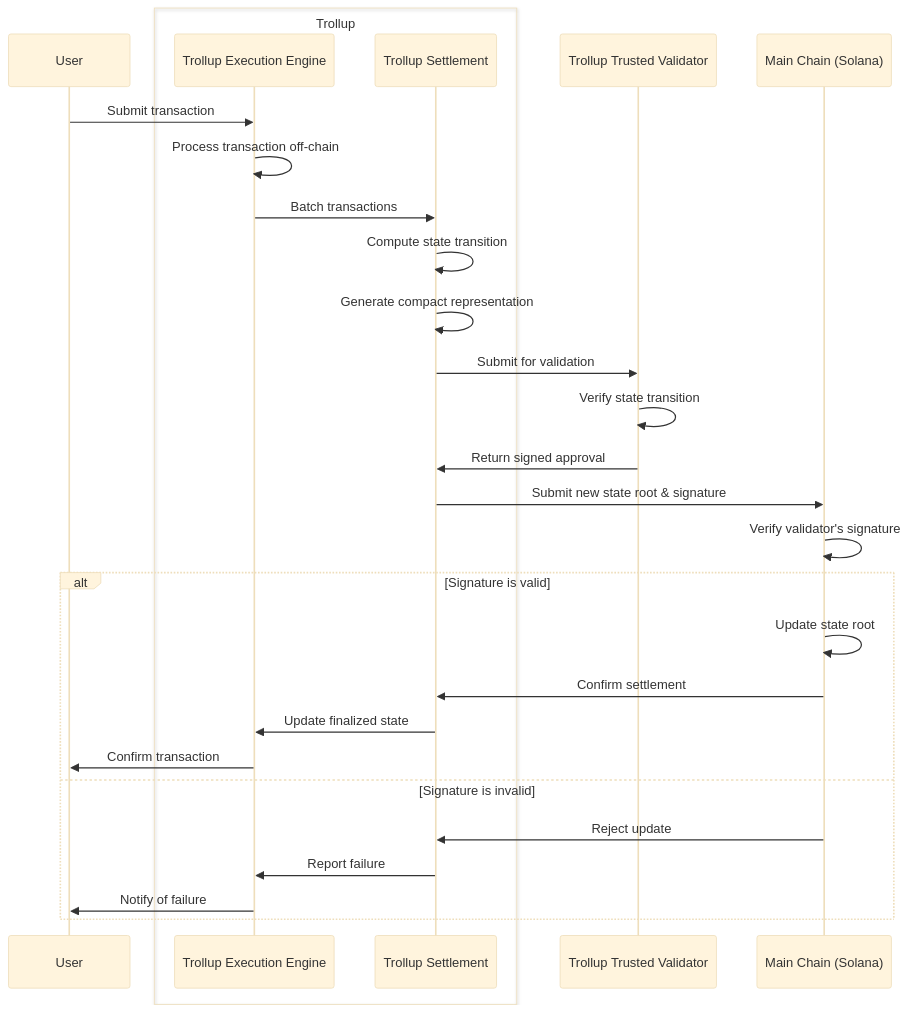
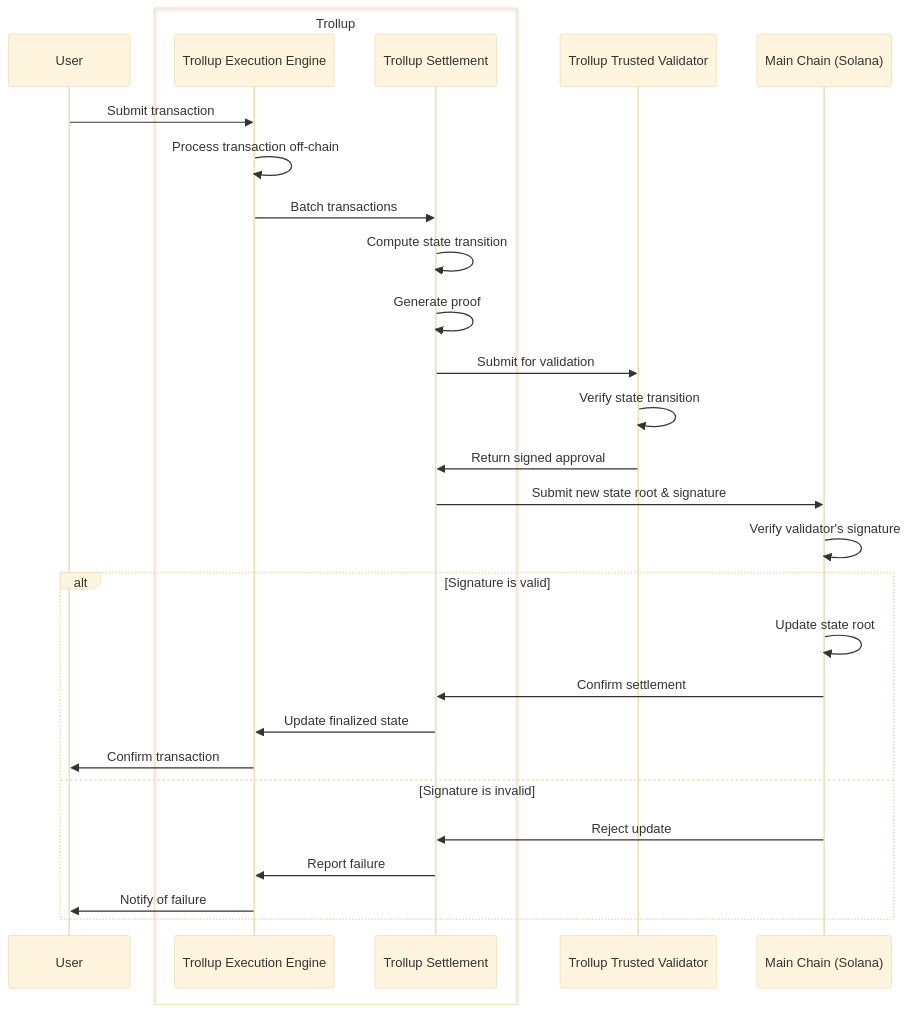
The third of 3 diagrams in README.md (wkennedy/trollup), drawn with Mermaid (base theme) before and after one commit. The commit also changed other lines of this file and 4 other files, not shown here.

````diff
--- a/README.md
+++ b/README.md
@@ -93,31 +72,31 @@
 ```mermaid
 sequenceDiagram
     participant User
     box Trollup
         participant Rollup as Trollup Execution Engine
         participant Settlement as Trollup Settlement
     end
     participant Validator as Trollup Trusted Validator
     participant MainChain as Main Chain (Solana)
 
     User->>Rollup: Submit transaction
     Rollup->>Rollup: Process transaction off-chain
     Rollup->>Settlement: Batch transactions
     Settlement->>Settlement: Compute state transition
-    Settlement->>Settlement: Generate compact representation
+    Settlement->>Settlement: Generate proof
     Settlement->>Validator: Submit for validation
     Validator->>Validator: Verify state transition
     Validator->>Settlement: Return signed approval
     Settlement->>MainChain: Submit new state root & signature
     MainChain->>MainChain: Verify validator's signature
     alt Signature is valid
         MainChain->>MainChain: Update state root
         MainChain->>Settlement: Confirm settlement
         Settlement->>Rollup: Update finalized state
         Rollup->>User: Confirm transaction
     else Signature is invalid
         MainChain->>Settlement: Reject update
         Settlement->>Rollup: Report failure
         Rollup->>User: Notify of failure
     end
 ```
````
